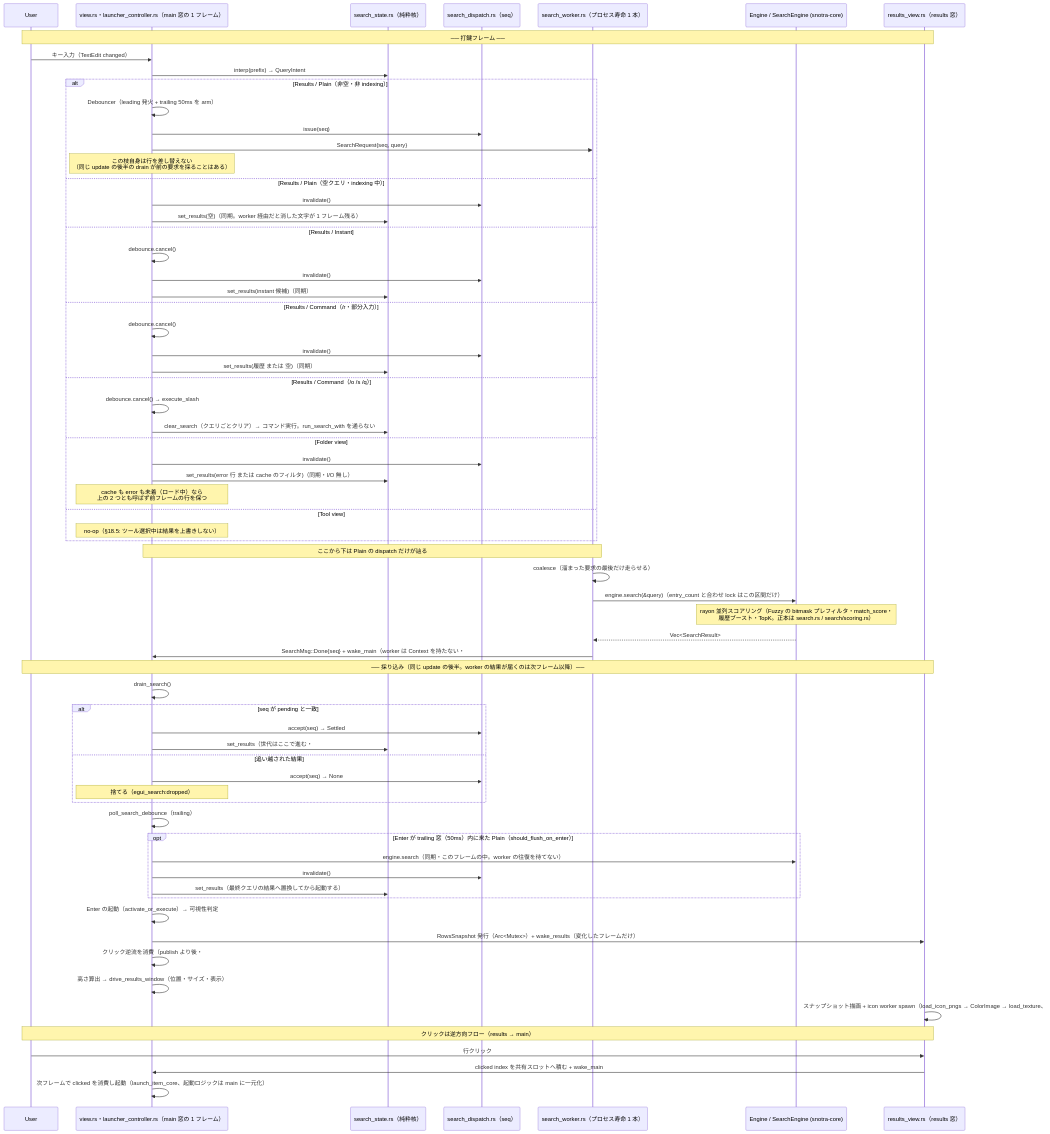
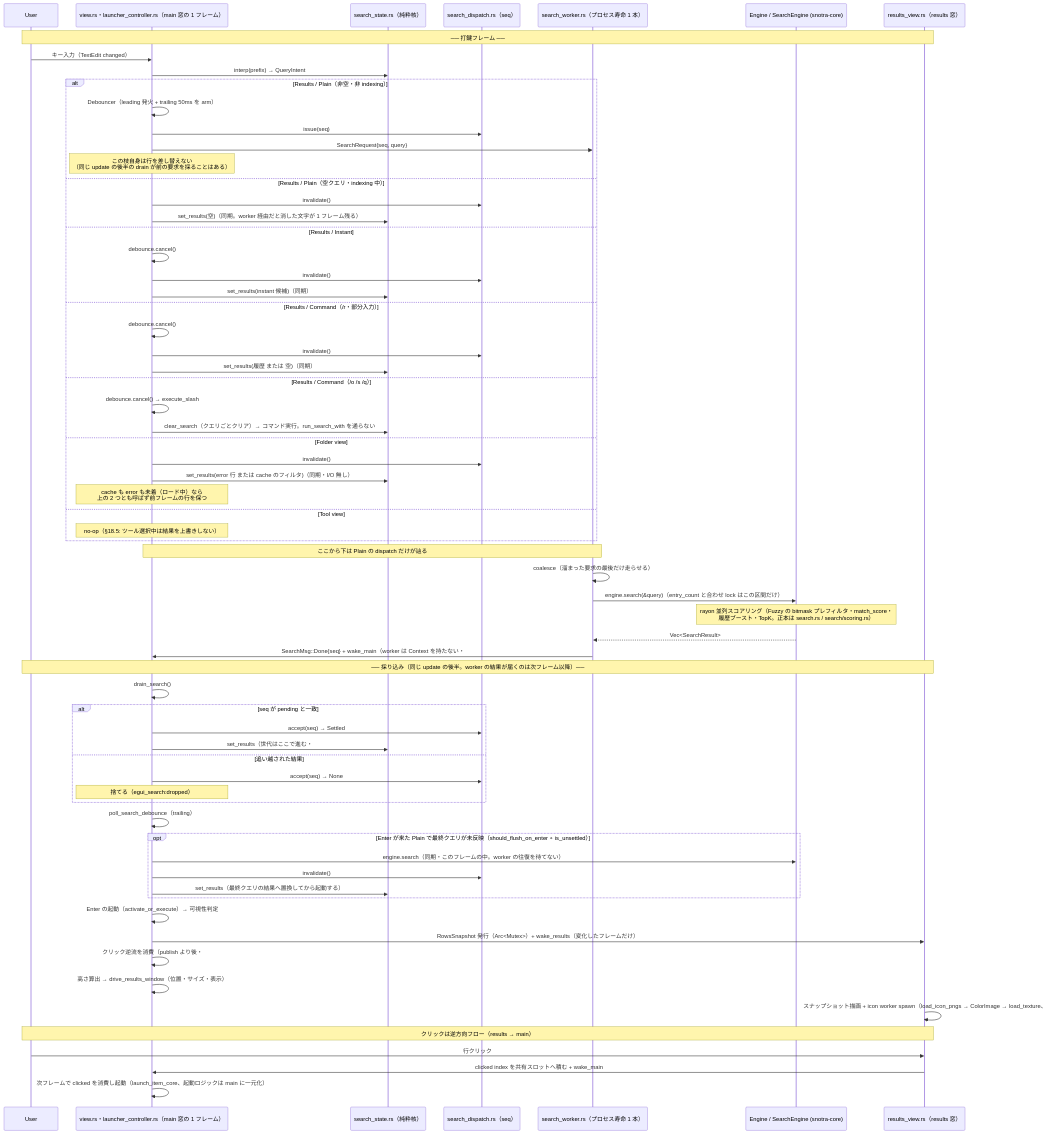
One commit to finelagusaz/Snotra changed the diagram in docs/architecture.md. Above: the diagram before and after it, drawn with Mermaid. The commit also changed other lines of this file and 4 other files, not shown here.

First line of the commit message:
fix(egui): trailing 発火の直後の Enter が最終クエリでない行で起動するのを塞ぐ (#1072)

````diff
--- a/docs/architecture.md
+++ b/docs/architecture.md
@@ -153,73 +153,73 @@
 ```mermaid
 sequenceDiagram
     participant User
     participant View as view.rs・launcher_controller.rs（main 窓の 1 フレーム）
     participant State as search_state.rs（純粋核）
     participant Disp as search_dispatch.rs（seq）
     participant W as search_worker.rs（プロセス寿命 1 本）
     participant Eng as Engine / SearchEngine (snotra-core)
     participant Results as results_view.rs（results 窓）
 
     Note over User,Results: ── 打鍵フレーム ──
     User->>View: キー入力（TextEdit changed）
     View->>State: interp(prefix) → QueryIntent
     alt Results / Plain（非空・非 indexing）
         View->>View: Debouncer（leading 発火 + trailing 50ms を arm）
         View->>Disp: issue(seq)
         View->>W: SearchRequest{seq, query}
         Note over View: この枝自身は行を差し替えない<br/>（同じ update の後半の drain が前の要求を採ることはある）
     else Results / Plain（空クエリ・indexing 中）
         View->>Disp: invalidate()
         View->>State: set_results(空)（同期。worker 経由だと消した文字が 1 フレーム残る）
     else Results / Instant
         View->>View: debounce.cancel()
         View->>Disp: invalidate()
         View->>State: set_results(instant 候補)（同期）
     else Results / Command（/r・部分入力）
         View->>View: debounce.cancel()
         View->>Disp: invalidate()
         View->>State: set_results(履歴 または 空)（同期）
     else Results / Command（/o /s /q）
         View->>View: debounce.cancel() → execute_slash
         View->>State: clear_search（クエリごとクリア）→ コマンド実行。run_search_with を通らない
     else Folder view
         View->>Disp: invalidate()
         View->>State: set_results(error 行 または cache のフィルタ)（同期・I/O 無し）
         Note over View: cache も error も未着（ロード中）なら<br/>上の 2 つとも呼ばず前フレームの行を保つ
     else Tool view
         Note over View: no-op（§18.5: ツール選択中は結果を上書きしない）
     end
 
     Note over View,W: ここから下は Plain の dispatch だけが辿る
     W->>W: coalesce（溜まった要求の最後だけ走らせる）
     W->>Eng: engine.search(&query)（entry_count と合わせ lock はこの区間だけ）
     Note over Eng: rayon 並列スコアリング（Fuzzy の bitmask プレフィルタ・match_score・<br/>履歴ブースト・TopK。正本は search.rs / search/scoring.rs）
     Eng-->>W: Vec<SearchResult>
     W->>View: SearchMsg::Done{seq} + wake_main（worker は Context を持たない・#671 PR D）
 
     Note over User,Results: ── 採り込み（同じ update の後半。worker の結果が届くのは次フレーム以降）──
     View->>View: drain_search()
     alt seq が pending と一致
         View->>Disp: accept(seq) → Settled
         View->>State: set_results（世代はここで進む・#699）
     else 追い越された結果
         View->>Disp: accept(seq) → None
         Note over View: 捨てる（egui_search:dropped）
     end
     View->>View: poll_search_debounce（trailing）
-    opt Enter が trailing 窓（50ms）内に来た Plain（should_flush_on_enter）
+    opt Enter が来た Plain で最終クエリが未反映（should_flush_on_enter ∘ is_unsettled）
         View->>Eng: engine.search（同期・このフレームの中。worker の往復を待てない）
         View->>Disp: invalidate()
         View->>State: set_results（最終クエリの結果へ置換してから起動する）
     end
     View->>View: Enter の起動（activate_or_execute）→ 可視性判定
     View->>Results: RowsSnapshot 発行（Arc<Mutex>）+ wake_results（変化したフレームだけ）
     View->>View: クリック逆流を消費（publish より後・#699）
     View->>View: 高さ算出 → drive_results_window（位置・サイズ・表示）
     Results->>Results: スナップショット描画 + icon worker spawn（load_icon_pngs → ColorImage → load_texture、#646 PR2 で view.rs から移管）
 
     Note over User,Results: クリックは逆方向フロー（results → main）
     User->>Results: 行クリック
     Results->>View: clicked index を共有スロットへ積む + wake_main
     View->>View: 次フレームで clicked を消費し起動（launch_item_core、起動ロジックは main に一元化）
 ```
````
